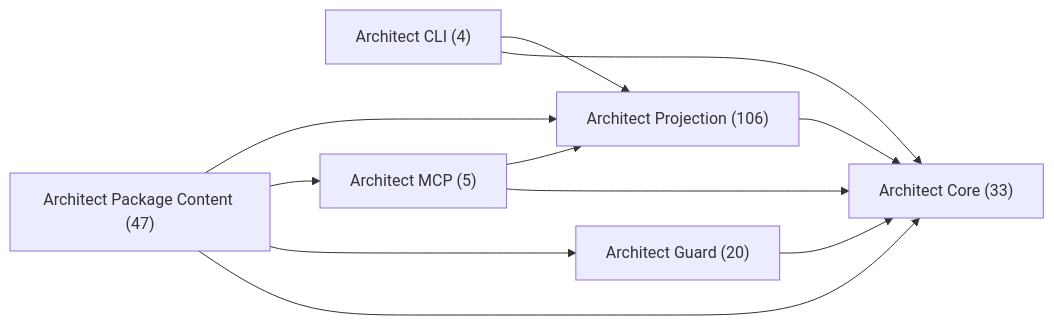
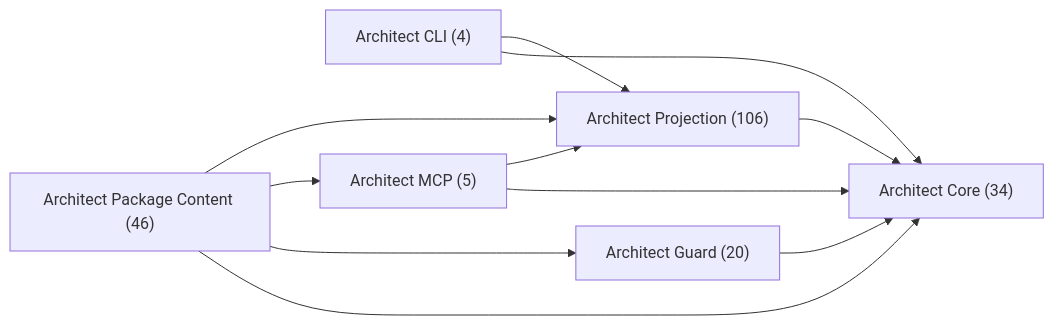
Before and after one commit to libar-dev/architect: the first of 7 diagrams in docs-live/design-review/by-package.md, drawn with Mermaid. The commit also changed other lines of this file and 74 other files, not shown here.

````diff
--- a/docs-live/design-review/by-package.md
+++ b/docs-live/design-review/by-package.md
@@ -18,19 +18,19 @@
 ```mermaid
 graph LR
   pkg_architect_cli["Architect CLI (4)"]
-  pkg_architect_core["Architect Core (33)"]
+  pkg_architect_core["Architect Core (34)"]
   pkg_architect_guard["Architect Guard (20)"]
   pkg_architect_mcp["Architect MCP (5)"]
-  pkg_architect_package_content["Architect Package Content (47)"]
+  pkg_architect_package_content["Architect Package Content (46)"]
   pkg_architect_projection["Architect Projection (106)"]
   pkg_architect_cli --> pkg_architect_core
   pkg_architect_cli --> pkg_architect_projection
   pkg_architect_guard --> pkg_architect_core
   pkg_architect_mcp --> pkg_architect_core
   pkg_architect_mcp --> pkg_architect_projection
   pkg_architect_package_content --> pkg_architect_core
   pkg_architect_package_content --> pkg_architect_guard
   pkg_architect_package_content --> pkg_architect_mcp
   pkg_architect_package_content --> pkg_architect_projection
   pkg_architect_projection --> pkg_architect_core
 ```
````
